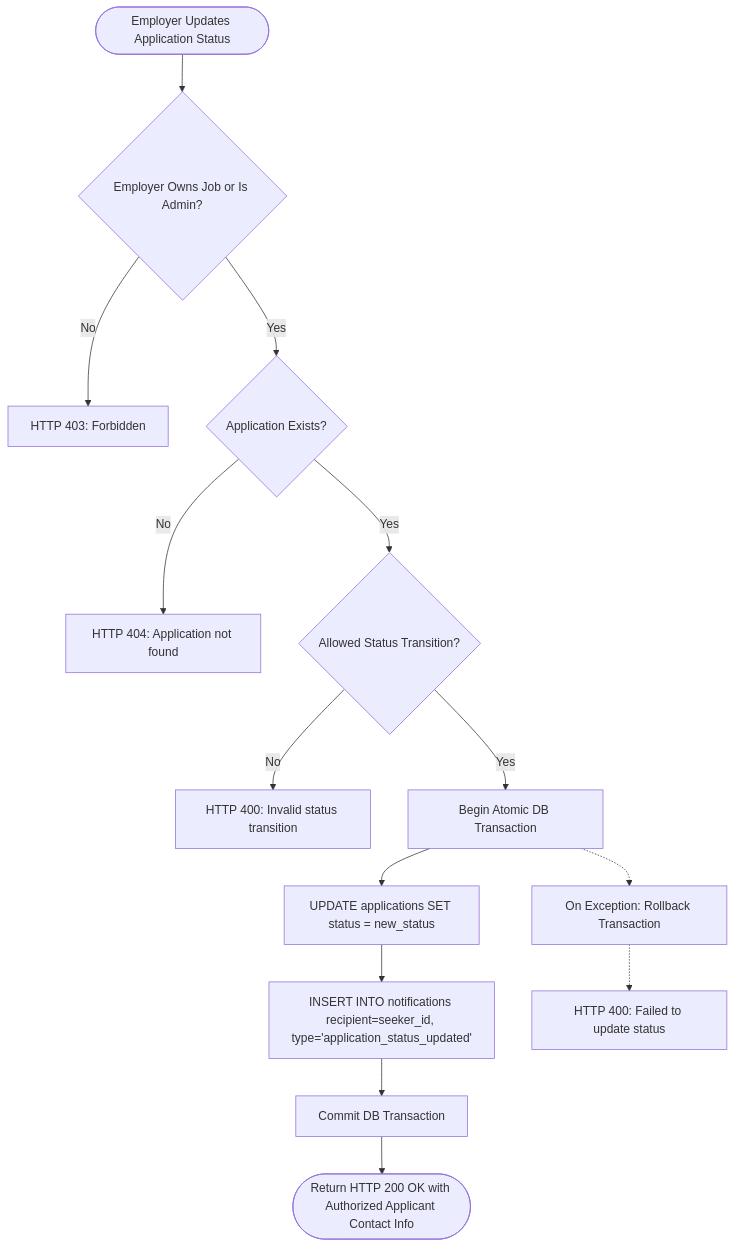
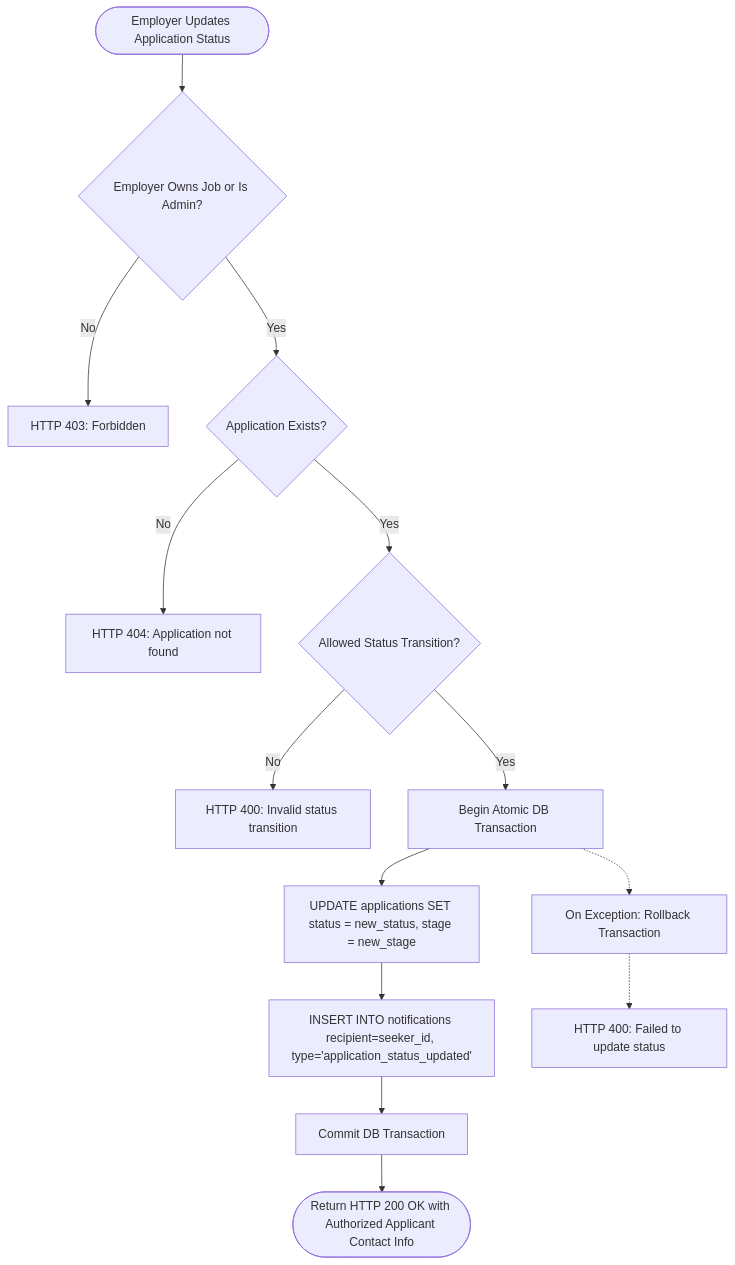
One commit to Coffeee-ui/Batanes_Niche changed the fourth of 7 diagrams in development/Documentation/08-Business-Workflows.md. Above: the diagram before and after it, drawn with Mermaid. The commit also changed other lines of this file and 68 other files, not shown here.

Commit message:
feat: implement initial full-stack architecture with backend API, database schema, and frontend UI

````diff
--- a/development/Documentation/08-Business-Workflows.md
+++ b/development/Documentation/08-Business-Workflows.md
@@ -108,21 +124,21 @@
 ```mermaid
 flowchart TD
     Emp([Employer Updates Application Status]) --> AuthGate{Employer Owns Job or Is Admin?}
     AuthGate -- No --> ErrAuth[HTTP 403: Forbidden]
     AuthGate -- Yes --> ExistCheck{Application Exists?}
     
     ExistCheck -- No --> ErrExist[HTTP 404: Application not found]
     ExistCheck -- Yes --> TransCheck{Allowed Status Transition?}
     
     TransCheck -- No --> ErrTrans[HTTP 400: Invalid status transition]
     TransCheck -- Yes --> BeginTxn[Begin Atomic DB Transaction]
     
-    BeginTxn --> UpdateStatus[UPDATE applications SET status = new_status]
+    BeginTxn --> UpdateStatus[UPDATE applications SET status = new_status, stage = new_stage]
     UpdateStatus --> CreateSeekerNotif[INSERT INTO notifications recipient=seeker_id, type='application_status_updated']
     CreateSeekerNotif --> CommitTxn[Commit DB Transaction]
     
     CommitTxn --> ReturnEmpOut([Return HTTP 200 OK with Authorized Applicant Contact Info])
     
     BeginTxn -.-> OnFailure[On Exception: Rollback Transaction]
     OnFailure -.-> ErrRollback[HTTP 400: Failed to update status]
 ```
````
